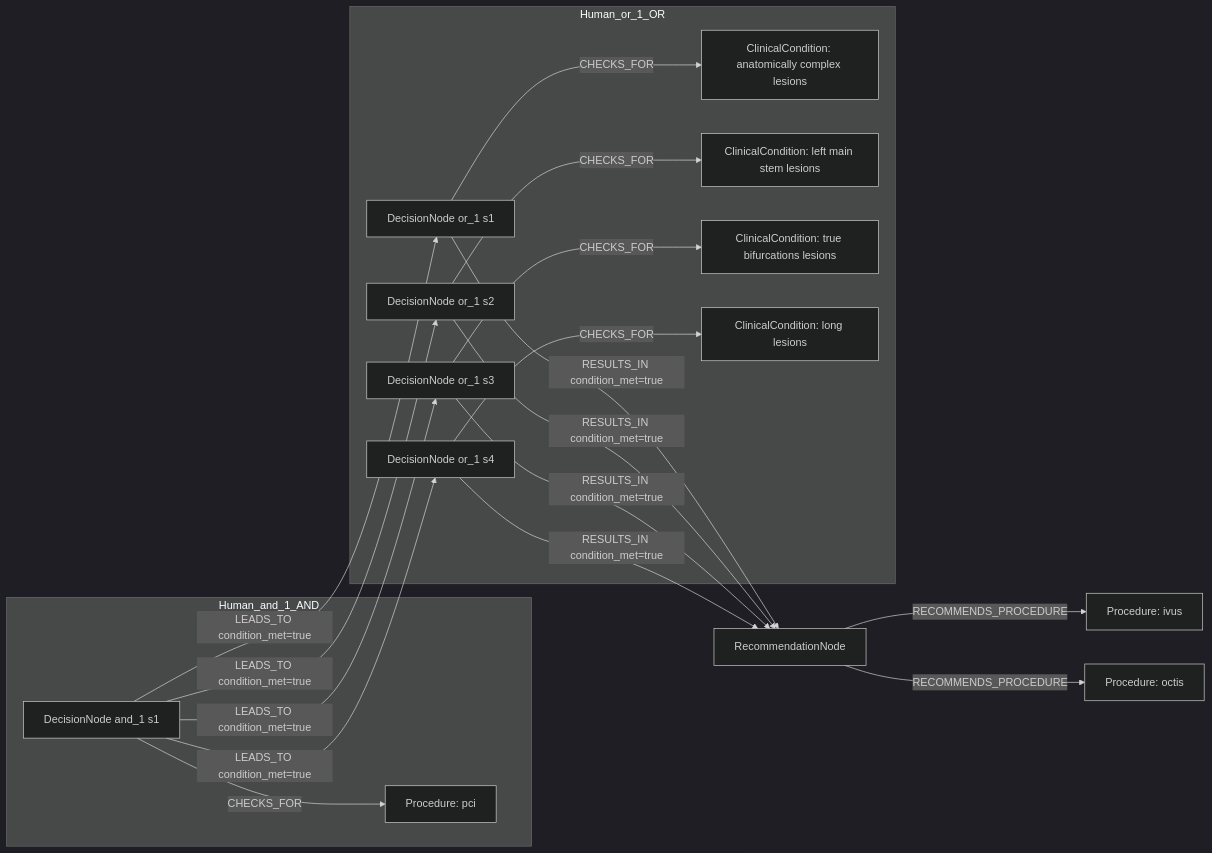
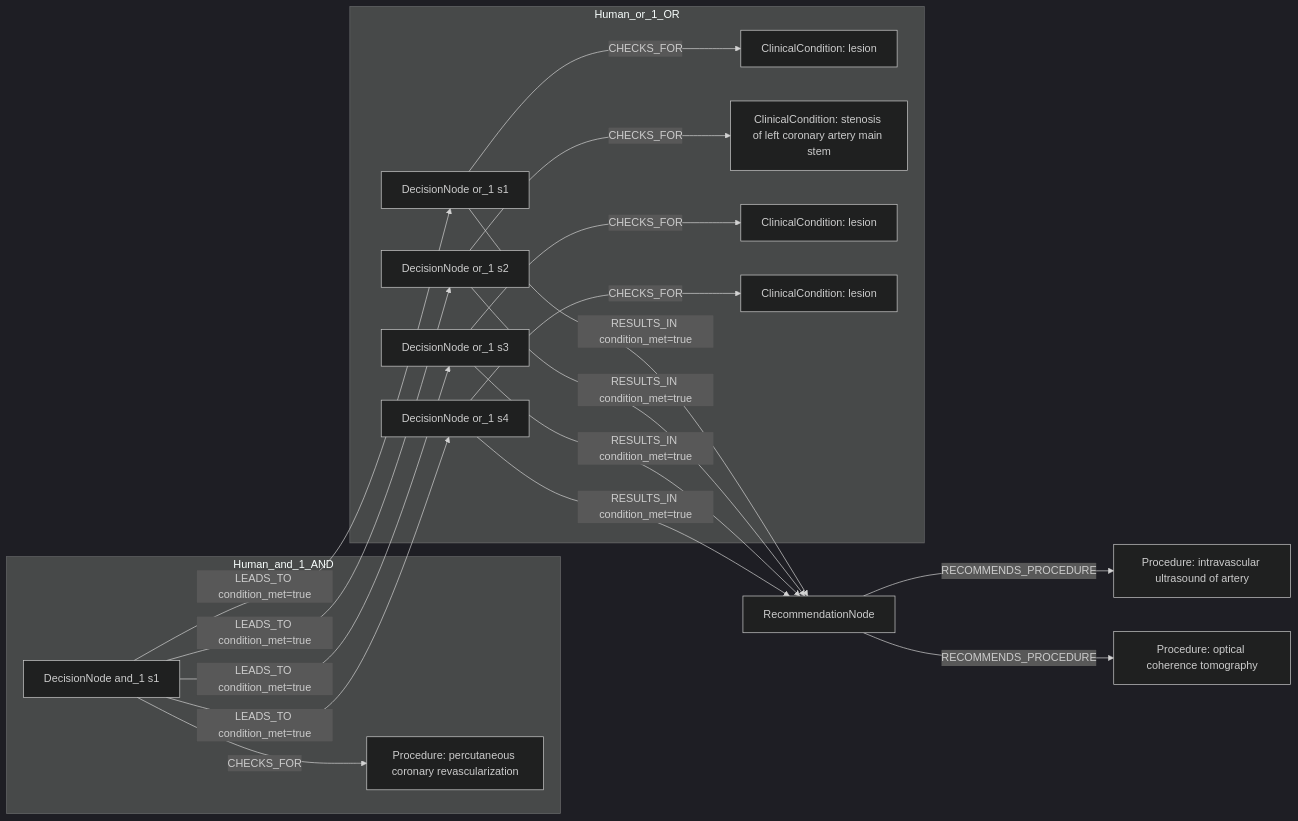
Before and after one commit to dieterich-lab/CardioGuidelinesGraph: the first of 2 diagrams in docs/table22_rows_comparison/row_16.md, drawn with Mermaid (dark theme). The commit also changed other lines of this file and 27 other files, not shown here.

````diff
--- a/docs/table22_rows_comparison/row_16.md
+++ b/docs/table22_rows_comparison/row_16.md
@@ -209,35 +144,35 @@
 ```mermaid
 graph LR
   REC[RecommendationNode]
-  ACT1[Procedure: ivus]
+  ACT1[Procedure: intravascular ultrasound of artery]
   REC -->|RECOMMENDS_PROCEDURE| ACT1
-  ACT2[Procedure: octis]
+  ACT2[Procedure: optical coherence tomography]
   REC -->|RECOMMENDS_PROCEDURE| ACT2
   subgraph Human_and_1_AND
     D_and_1_1[DecisionNode and_1 s1]
-    C_and_1_1[Procedure: pci]
+    C_and_1_1[Procedure: percutaneous coronary revascularization]
     D_and_1_1 -->|CHECKS_FOR| C_and_1_1
   end
   subgraph Human_or_1_OR
     D_or_1_1[DecisionNode or_1 s1]
-    C_or_1_1[ClinicalCondition: anatomically complex lesions]
+    C_or_1_1[ClinicalCondition: lesion]
     D_or_1_1 -->|CHECKS_FOR| C_or_1_1
     D_or_1_2[DecisionNode or_1 s2]
-    C_or_1_2[ClinicalCondition: left main stem lesions]
+    C_or_1_2[ClinicalCondition: stenosis of left coronary artery main stem]
     D_or_1_2 -->|CHECKS_FOR| C_or_1_2
     D_or_1_3[DecisionNode or_1 s3]
-    C_or_1_3[ClinicalCondition: true bifurcations lesions]
+    C_or_1_3[ClinicalCondition: lesion]
     D_or_1_3 -->|CHECKS_FOR| C_or_1_3
     D_or_1_4[DecisionNode or_1 s4]
-    C_or_1_4[ClinicalCondition: long lesions]
+    C_or_1_4[ClinicalCondition: lesion]
     D_or_1_4 -->|CHECKS_FOR| C_or_1_4
     D_and_1_1 -->|LEADS_TO condition_met=true| D_or_1_1
     D_and_1_1 -->|LEADS_TO condition_met=true| D_or_1_2
     D_and_1_1 -->|LEADS_TO condition_met=true| D_or_1_3
     D_and_1_1 -->|LEADS_TO condition_met=true| D_or_1_4
   end
   D_or_1_1 -->|RESULTS_IN condition_met=true| REC
   D_or_1_2 -->|RESULTS_IN condition_met=true| REC
   D_or_1_3 -->|RESULTS_IN condition_met=true| REC
   D_or_1_4 -->|RESULTS_IN condition_met=true| REC
 ```
````
